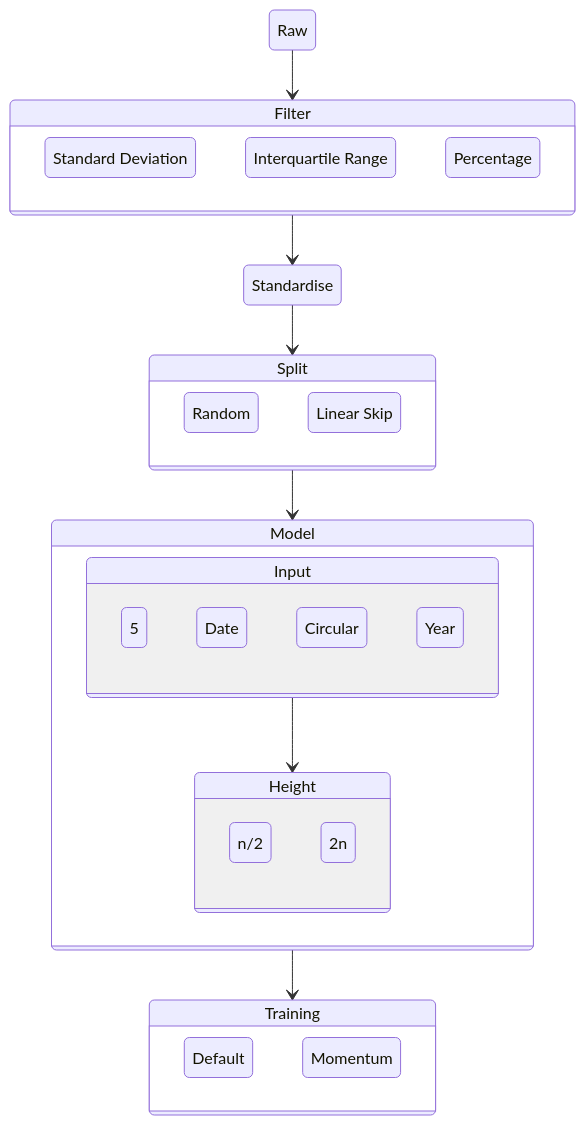
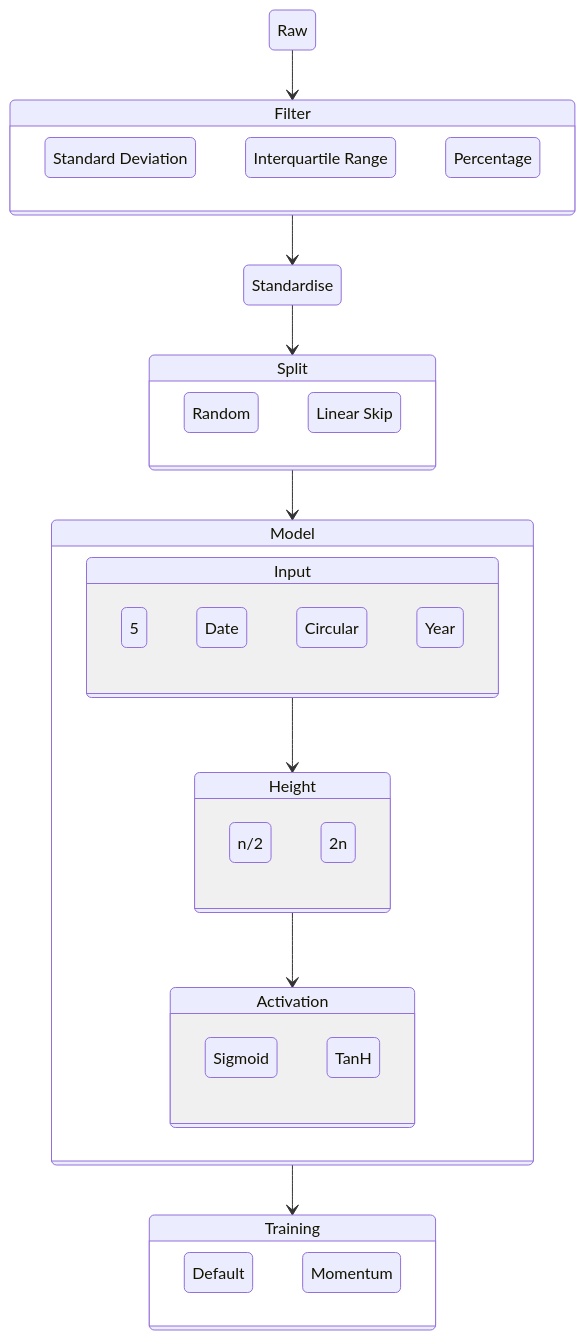
Before and after one commit to TWoolhouse/lboroCW-AI-MLP: the diagram in design/flow.md, drawn with Mermaid.

Commit message:
activation method in flow diagram

````diff
--- a/design/flow.md
+++ b/design/flow.md
@@ -1,43 +1,49 @@
 ```mermaid
 stateDiagram-v2
 	direction TB
 
 	Raw --> Filter
 	Filter --> Standardise
 	Standardise --> Split
 	Split --> Model
 	Model --> Training
 
 	state Filter {
 		direction TB
 		std: Standard Deviation
 		iqr: Interquartile Range
 		per: Percentage
 	}
 
 	state Split {
 		Random
 		skip: Linear Skip
 	}
 
 	state Model {
 		Input --> Height
+		Height --> Activation
 
 		state Input {
 			5
 			Date
 			Circular
 			Year
 		}
 
 		state Height {
 			n/2
 			2n
 		}
+
+		state Activation {
+			Sigmoid
+			TanH
+		}
 	}
 
 	state Training {
 		Default
 		Momentum
 	}
 ```
````
